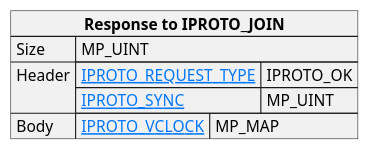
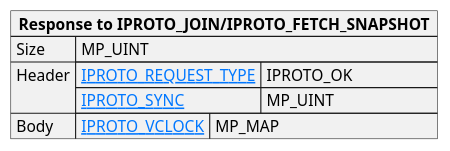
The diagram in doc/dev_guide/internals/iproto/images/repl_join_response.puml (tarantool/doc), drawn with PlantUML before and after one commit. The commit also changed 12 other files, not shown here.

```diff
--- a/doc/dev_guide/internals/iproto/images/repl_join_response.puml
+++ b/doc/dev_guide/internals/iproto/images/repl_join_response.puml
@@ -1,21 +1,21 @@
 @startuml
 
 skinparam {
     HyperlinkColor #0077FF
     FontColor #313131
     BorderColor #313131
     BackgroundColor transparent
 }
 
-json "**Response to IPROTO_JOIN**" as join_response {
+json "**Response to IPROTO_JOIN/IPROTO_FETCH_SNAPSHOT**" as join_response {
     "Size": "MP_UINT",
     "Header": {
       "[[https://tarantool.io/en/doc/latest/dev_guide/internals/iproto/keys IPROTO_REQUEST_TYPE]]": "IPROTO_OK",
       "[[https://tarantool.io/en/doc/latest/dev_guide/internals/iproto/keys IPROTO_SYNC]]": "MP_UINT"
     },
     "Body": {
       "[[https://tarantool.io/en/doc/latest/dev_guide/internals/iproto/keys IPROTO_VCLOCK]]": "MP_MAP"
     }
 }
 
 @enduml
```
